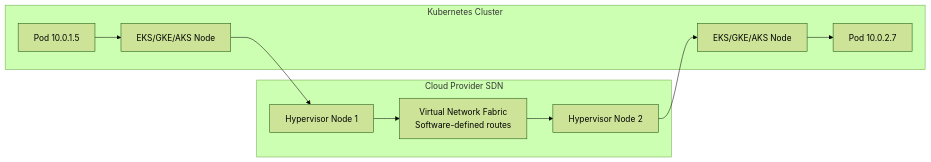
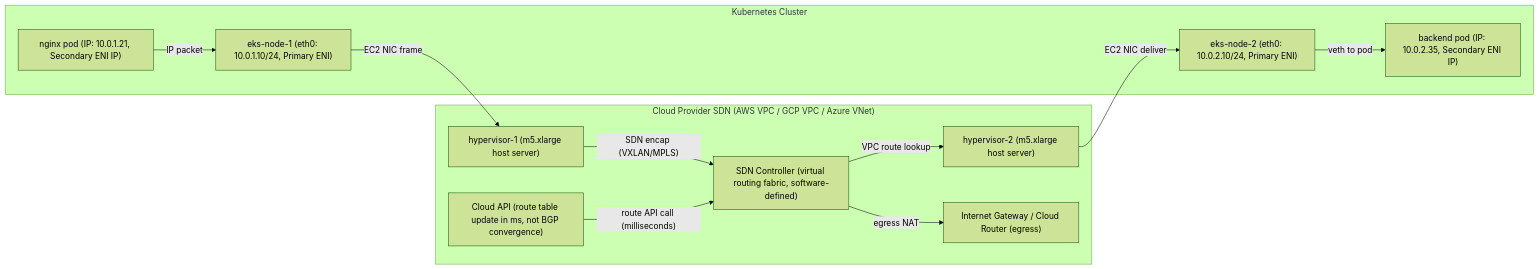
One commit to MykolaLebid/Kubernetes_networking_engineering changed the first of 4 diagrams in lessons/08-cloud-provider-networking.md. Above: the diagram before and after it, drawn with Mermaid (forest theme). The commit also changed other lines of this file and 35 other files, not shown here.

First line of the commit message:
Restructure all 34 lessons: Theory/Practice split, richer diagrams, industry examples, navigation

````diff
--- a/lessons/08-cloud-provider-networking.md
+++ b/lessons/08-cloud-provider-networking.md
@@ -31,17 +21,21 @@
 ```mermaid
 flowchart LR
-    subgraph cloud["Cloud Provider SDN"]
-        HV1[Hypervisor Node 1]
-        HV2[Hypervisor Node 2]
-        FABRIC[Virtual Network Fabric<br/>Software-defined routes]
+    subgraph cloud["Cloud Provider SDN (AWS VPC / GCP VPC / Azure VNet)"]
+        HV1["hypervisor-1 (m5.xlarge host server)"]
+        HV2["hypervisor-2 (m5.xlarge host server)"]
+        FABRIC["SDN Controller (virtual routing fabric, software-defined)"]
+        IGW["Internet Gateway / Cloud Router (egress)"]
+        CTRL["Cloud API (route table update in ms, not BGP convergence)"]
     end
     subgraph k8s["Kubernetes Cluster"]
-        N1[EKS/GKE/AKS Node]
-        N2[EKS/GKE/AKS Node]
-        P1[Pod 10.0.1.5]
-        P2[Pod 10.0.2.7]
+        N1["eks-node-1 (eth0: 10.0.1.10/24, Primary ENI)"]
+        N2["eks-node-2 (eth0: 10.0.2.10/24, Primary ENI)"]
+        P1["nginx pod (IP: 10.0.1.21, Secondary ENI IP)"]
+        P2["backend pod (IP: 10.0.2.35, Secondary ENI IP)"]
     end
 
-    P1 --> N1 --> HV1 --> FABRIC
-    FABRIC --> HV2 --> N2 --> P2
+    P1 --"IP packet"--> N1 --"EC2 NIC frame"--> HV1 --"SDN encap (VXLAN/MPLS)"--> FABRIC
+    FABRIC --"VPC route lookup"--> HV2 --"EC2 NIC deliver"--> N2 --"veth to pod"--> P2
+    CTRL --"route API call (milliseconds)"--> FABRIC
+    FABRIC --"egress NAT"--> IGW
 ```
````
